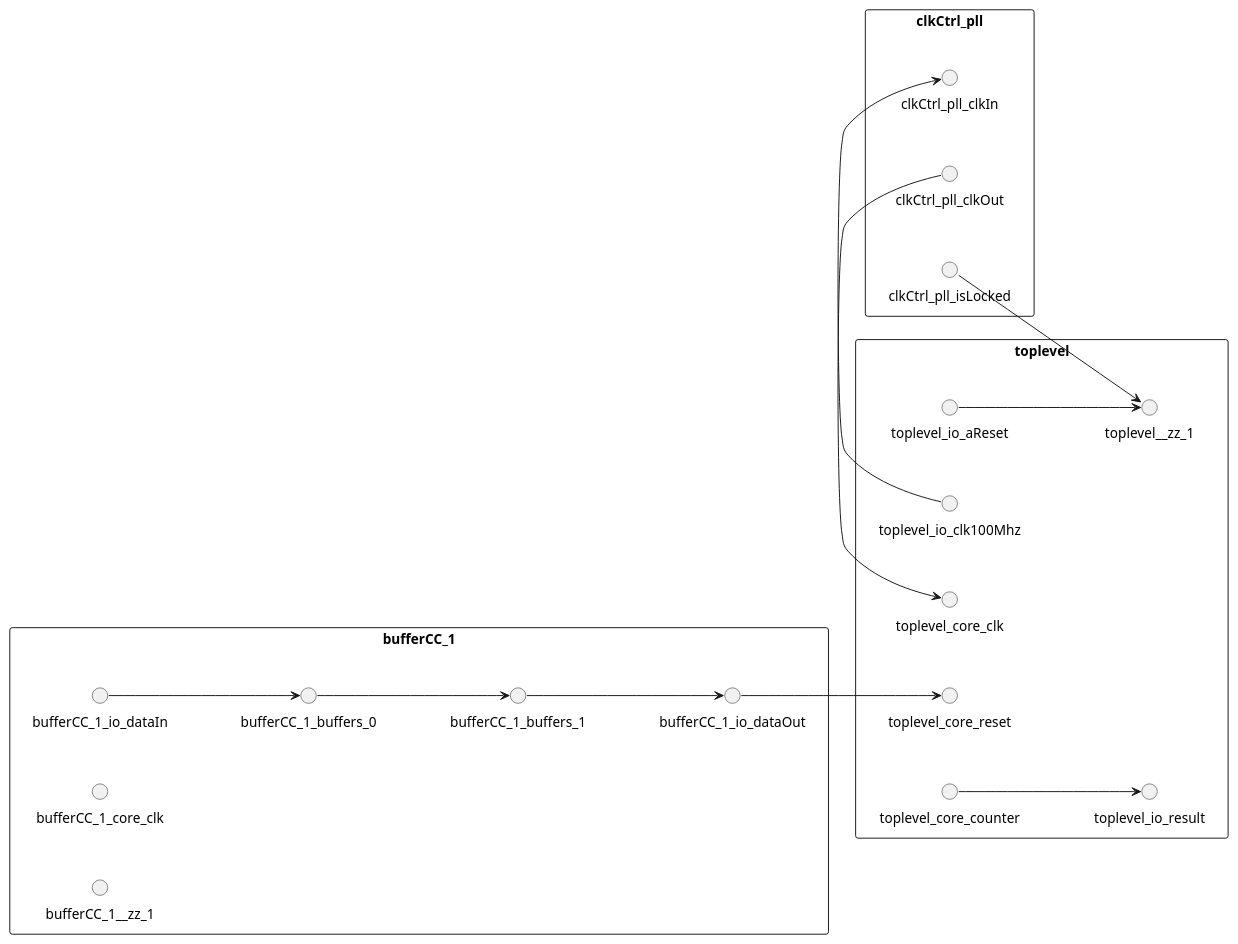
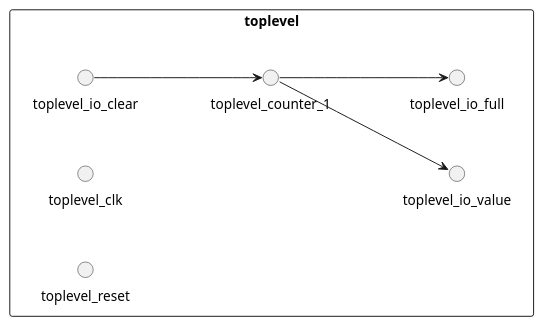
One commit to ZhaokunHu/Plot_HDElk changed the diagram in bootcamp/mygraph.puml. Above: the diagram before and after it, drawn with PlantUML. The commit also changed 5 other files, not shown here.

```diff
--- a/bootcamp/mygraph.puml
+++ b/bootcamp/mygraph.puml
@@ -1,34 +1,14 @@
 @startuml
 left to right direction
 rectangle toplevel{
-()toplevel_io_aReset
-()toplevel_io_clk100Mhz
-()toplevel_io_result
-()toplevel_core_clk
-()toplevel_core_reset
-()toplevel__zz_1
-()toplevel_core_counter
+()toplevel_io_clear
+()toplevel_io_value
+()toplevel_io_full
+()toplevel_counter_1
+()toplevel_clk
+()toplevel_reset
 }
-rectangle clkCtrl_pll{
-()clkCtrl_pll_clkIn
-()clkCtrl_pll_clkOut
-()clkCtrl_pll_isLocked
-}
-rectangle bufferCC_1{
-()bufferCC_1_io_dataIn
-()bufferCC_1_io_dataOut
-()bufferCC_1_buffers_0
-()bufferCC_1_buffers_1
-()bufferCC_1_core_clk
-()bufferCC_1__zz_1
-}
-toplevel_core_counter-->toplevel_io_result
-clkCtrl_pll_clkOut-->toplevel_core_clk
-bufferCC_1_io_dataOut-->toplevel_core_reset
-toplevel_io_aReset-->toplevel__zz_1
-clkCtrl_pll_isLocked-->toplevel__zz_1
-toplevel_io_clk100Mhz-->clkCtrl_pll_clkIn
-bufferCC_1_buffers_1-->bufferCC_1_io_dataOut
-bufferCC_1_io_dataIn-->bufferCC_1_buffers_0
-bufferCC_1_buffers_0-->bufferCC_1_buffers_1
+toplevel_counter_1-->toplevel_io_value
+toplevel_counter_1-->toplevel_io_full
+toplevel_io_clear-->toplevel_counter_1
 @enduml
```
